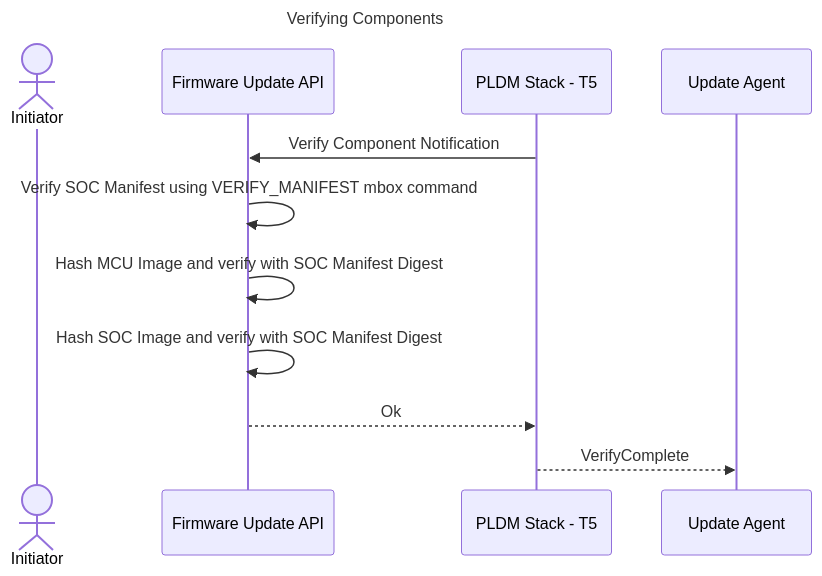
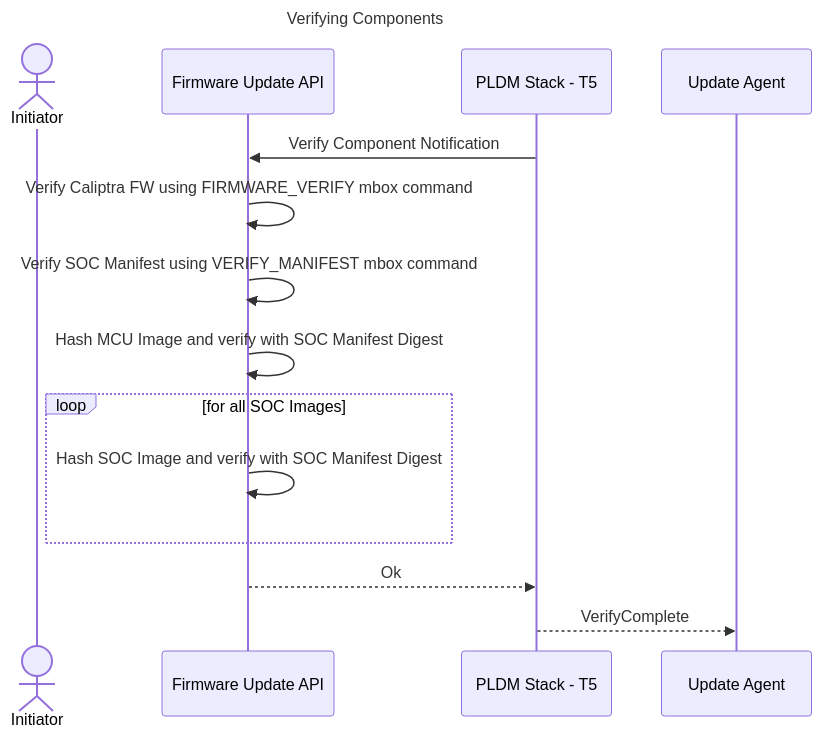
Before and after one commit to chipsalliance/caliptra-mcu-sw: the seventh of 10 diagrams in docs/src/firmware_update.md, drawn with Mermaid. The commit also changed other lines of this file, not shown here.

First line of the commit message:
docs: Add MCU hitless update reset flow sequence diagram

````diff
--- a/docs/src/firmware_update.md
+++ b/docs/src/firmware_update.md
@@ -132,18 +131,21 @@
 ```mermaid
 sequenceDiagram
     title Verifying Components
 
     actor App as Initiator
     participant API as Firmware Update API
     participant Firmware as PLDM Stack - T5
     participant PLDM as Update Agent
 
     Firmware->>API: Verify Component Notification
 
+    API->>API: Verify Caliptra FW using FIRMWARE_VERIFY mbox command
     API->>API: Verify SOC Manifest using VERIFY_MANIFEST mbox command
     API->>API: Hash MCU Image and verify with SOC Manifest Digest
-    API->>API: Hash SOC Image and verify with SOC Manifest Digest
+    loop for all SOC Images
+        API->>API: Hash SOC Image and verify with SOC Manifest Digest
+    end
 
     API-->>Firmware: Ok
     Firmware-->>PLDM: VerifyComplete
 ```
````
